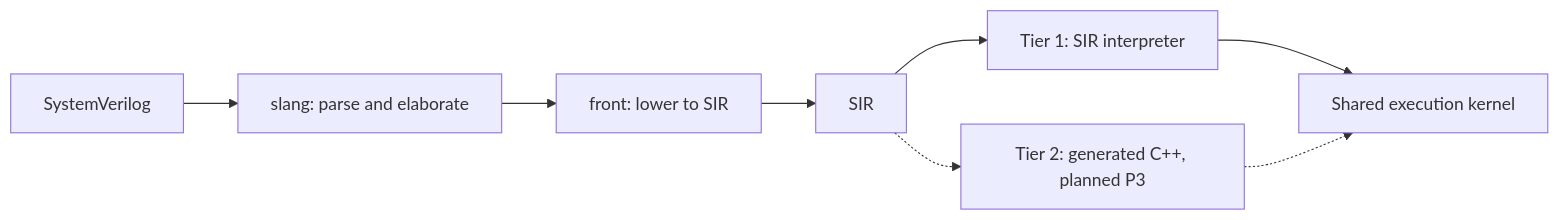
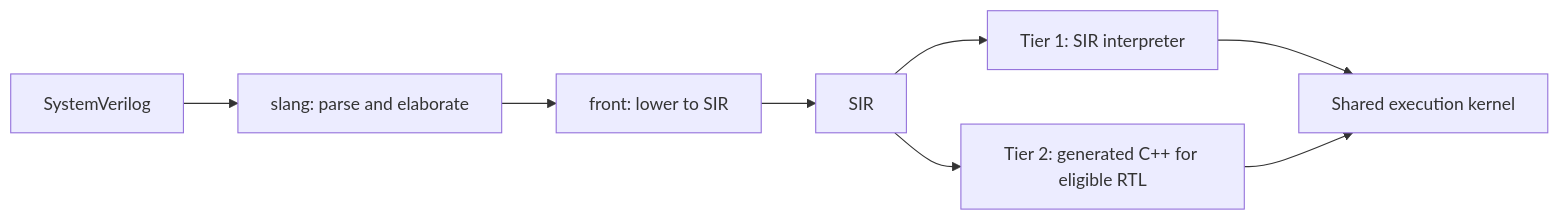
The diagram in README.md (kurochan001/kirimasim), drawn with Mermaid before and after one commit. The commit also changed other lines of this file and 27 other files, not shown here.

````diff
--- a/README.md
+++ b/README.md
@@ -337,8 +339,8 @@
 ```mermaid
 flowchart LR
     source[SystemVerilog] --> slang["slang: parse and elaborate"]
     slang --> front["front: lower to SIR"] --> sir[SIR]
     sir --> vm["Tier 1: SIR interpreter"] --> kernel["Shared execution kernel"]
-    sir -.-> cpp["Tier 2: generated C++, planned P3"]
-    cpp -.-> kernel
+    sir --> cpp["Tier 2: generated C++ for eligible RTL"]
+    cpp --> kernel
 ```
````
